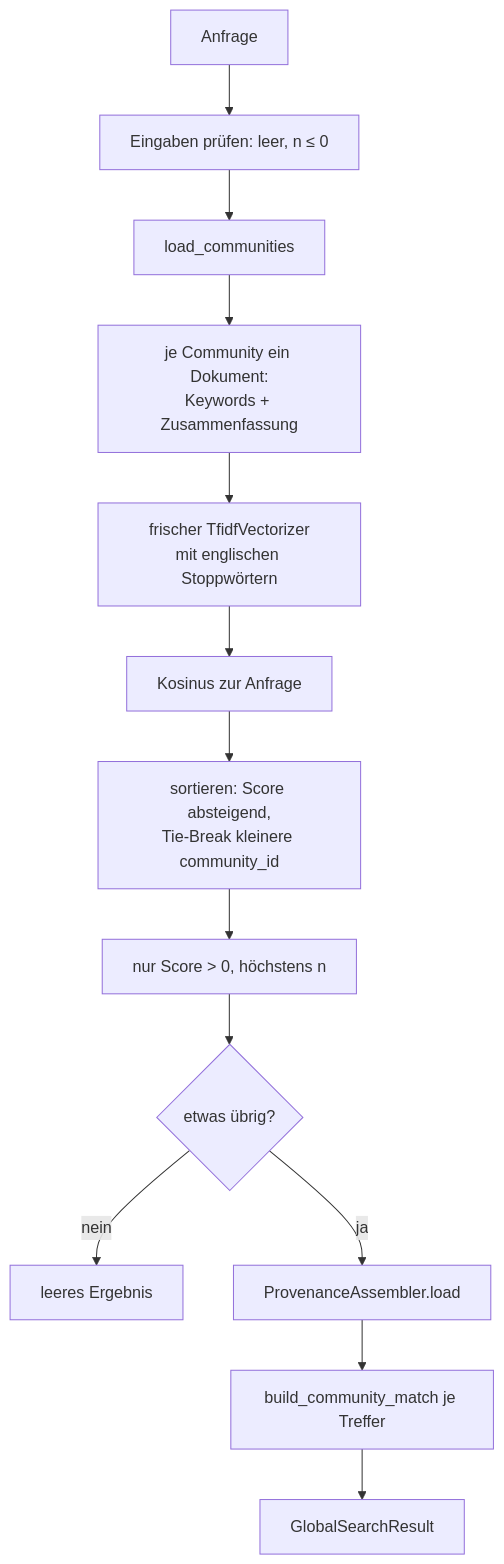
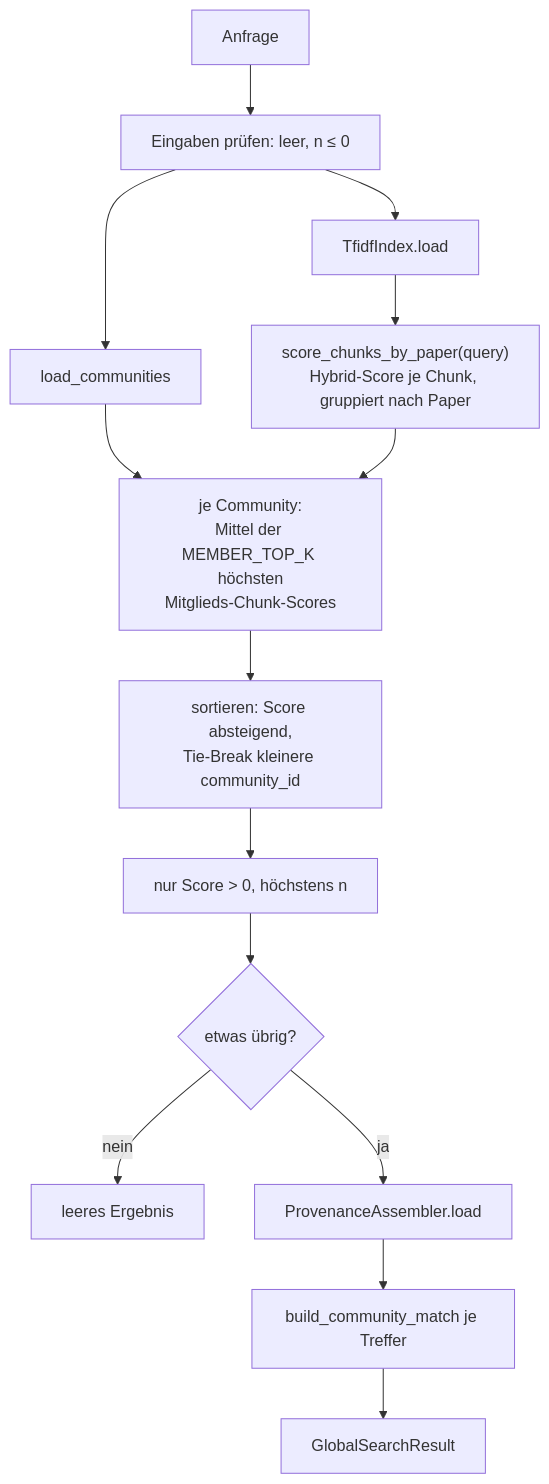
Before and after one commit to MomoEngineer/research-graphrag: the first of 2 diagrams in src/research_graphrag/retrieval/doc/global_search.md, drawn with Mermaid. The commit also changed other lines of this file and 14 other files, not shown here.

First line of the commit message:
Implement community ranking based on member chunk scores (Phase 10 / V4)

````diff
--- a/src/research_graphrag/retrieval/doc/global_search.md
+++ b/src/research_graphrag/retrieval/doc/global_search.md
@@ -38,15 +42,16 @@
 ```mermaid
 flowchart TD
     Q["Anfrage"] --> V["Eingaben prüfen: leer, n ≤ 0"]
     V --> LC["load_communities"]
-    LC --> D["je Community ein Dokument:<br/>Keywords + Zusammenfassung"]
-    D --> TV["frischer TfidfVectorizer<br/>mit englischen Stoppwörtern"]
-    TV --> SC["Kosinus zur Anfrage"]
-    SC --> OR["sortieren: Score absteigend,<br/>Tie-Break kleinere community_id"]
+    V --> TI["TfidfIndex.load"]
+    TI --> SCP["score_chunks_by_paper(query)<br/>Hybrid-Score je Chunk, gruppiert nach Paper"]
+    LC --> AGG
+    SCP --> AGG["je Community:<br/>Mittel der MEMBER_TOP_K höchsten<br/>Mitglieds-Chunk-Scores"]
+    AGG --> OR["sortieren: Score absteigend,<br/>Tie-Break kleinere community_id"]
     OR --> FI["nur Score > 0, höchstens n"]
     FI --> E{"etwas übrig?"}
     E -- nein --> EMPTY["leeres Ergebnis"]
     E -- ja --> PA["ProvenanceAssembler.load"]
     PA --> BM["build_community_match je Treffer"]
     BM --> R["GlobalSearchResult"]
 ```
````
